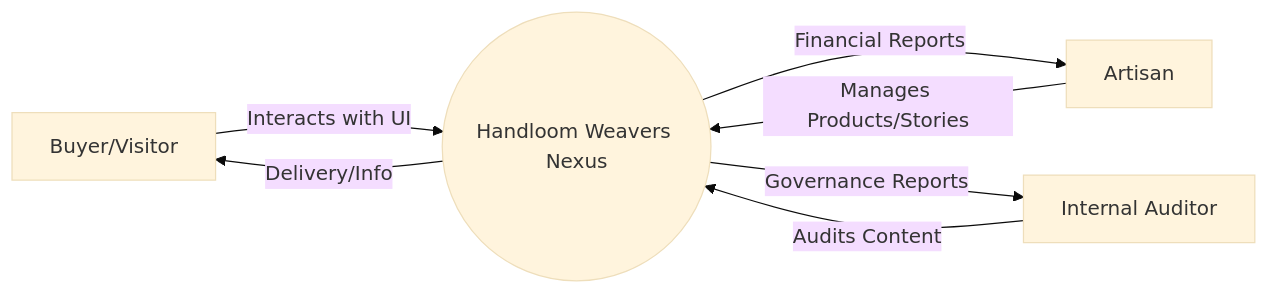
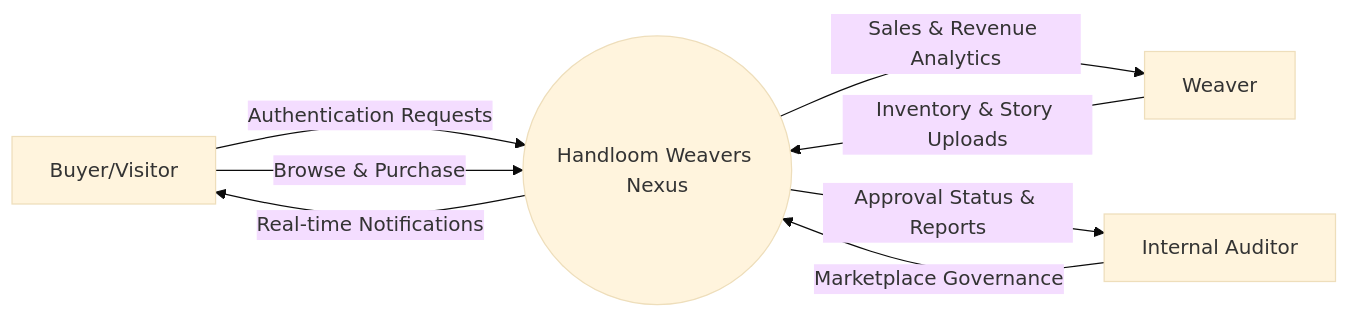
The first of 3 diagrams in COMPLETE_PROJECT_REPORT.md (iBOYJAI/handloom-weavers-nexus), drawn with Mermaid (base theme) before and after one commit. The commit also changed other lines of this file and 1 other file, not shown here.

````diff
--- a/COMPLETE_PROJECT_REPORT.md
+++ b/COMPLETE_PROJECT_REPORT.md
@@ -173,9 +249,10 @@
 ```mermaid
 graph LR
-    User[Buyer/Visitor] -->|Interacts with UI| System((Handloom Weavers Nexus))
-    Weaver[Artisan] -->|Manages Products/Stories| System
-    Admin[Internal Auditor] -->|Audits Content| System
-    System -->|Delivery/Info| User
-    System -->|Financial Reports| Weaver
-    System -->|Governance Reports| Admin
+    User[Buyer/Visitor] -->|Authentication Requests| System((Handloom Weavers Nexus))
+    User -->|Browse & Purchase| System
+    Artisan[Weaver] -->|Inventory & Story Uploads| System
+    Admin[Internal Auditor] -->|Marketplace Governance| System
+    System -->|Real-time Notifications| User
+    System -->|Sales & Revenue Analytics| Artisan
+    System -->|Approval Status & Reports| Admin
 ```
````
